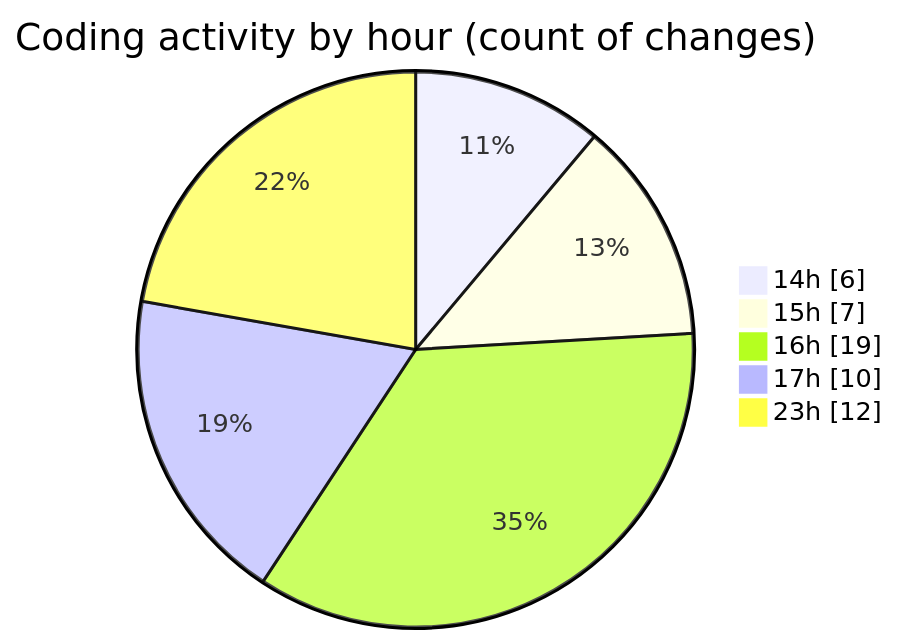
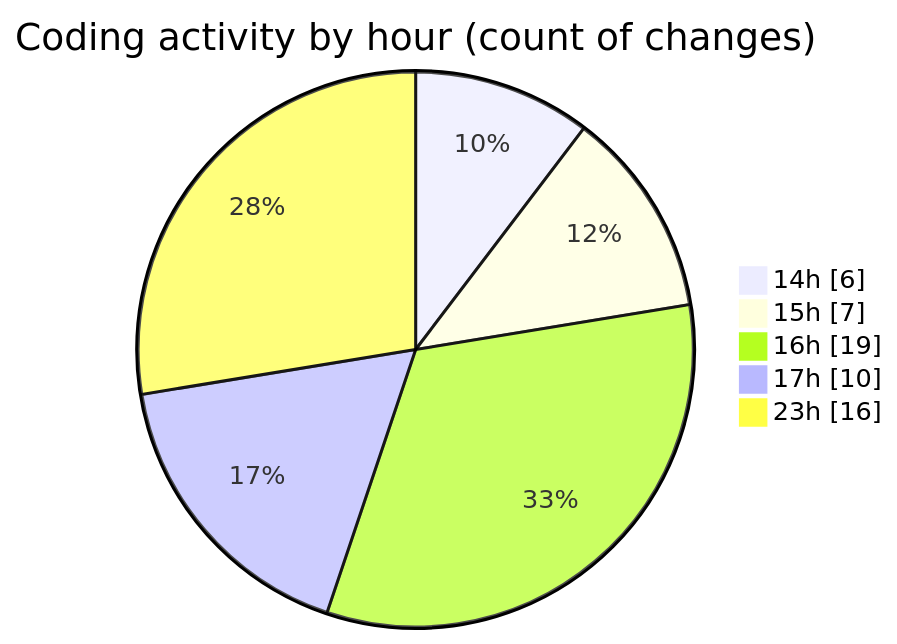
The second of 2 diagrams in 2026-03-30/cinema/README.md (igalym/code-tracking), drawn with Mermaid before and after one commit. The commit also changed other lines of this file and 1 other file, not shown here.

````diff
--- a/2026-03-30/cinema/README.md
+++ b/2026-03-30/cinema/README.md
@@ -42,9 +42,9 @@
 ```mermaid
 pie showData
 title Coding activity by hour (count of changes)
 "14h" : 6
 "15h" : 7
 "16h" : 19
 "17h" : 10
-"23h" : 12
+"23h" : 16
 ```
````
